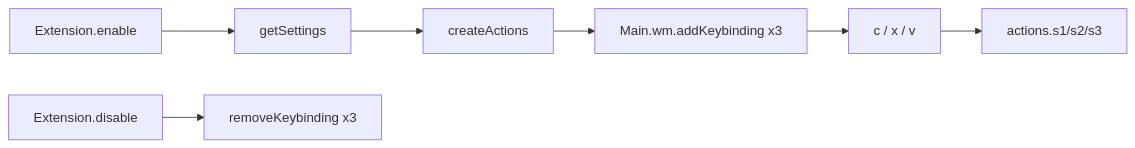
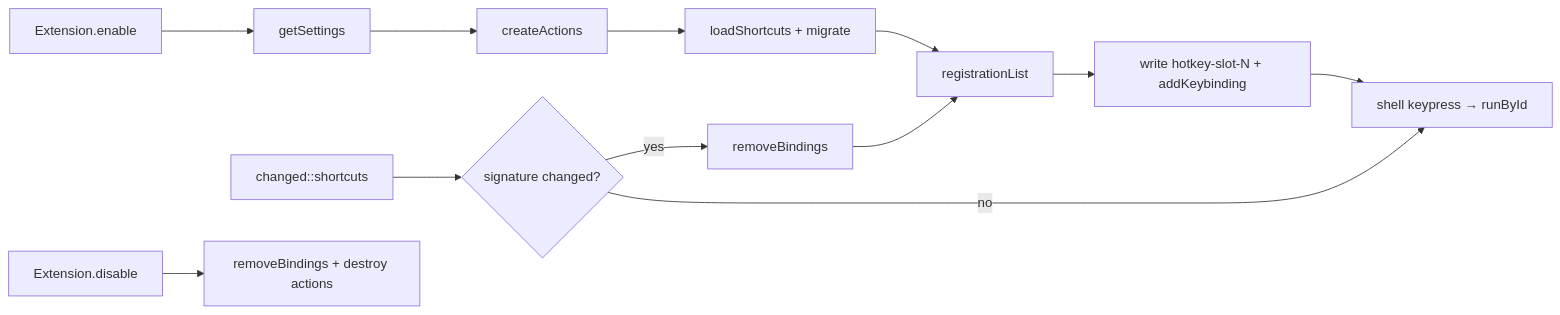
Before and after one commit to bbanho/nexus-clip-gnome: the first of 5 diagrams in docs/ARCHITECTURE.md, drawn with Mermaid. The commit also changed other lines of this file and 44 other files, not shown here.

````diff
--- a/docs/ARCHITECTURE.md
+++ b/docs/ARCHITECTURE.md
@@ -67,9 +89,14 @@
 ```mermaid
 flowchart LR
   A[Extension.enable] --> B[getSettings]
   B --> C[createActions]
-  C --> D[Main.wm.addKeybinding x3]
-  D --> E["<Super>c / <Super>x / <Super>v"]
-  E --> F[actions.s1/s2/s3]
-  G[Extension.disable] --> H[removeKeybinding x3]
+  C --> D[loadShortcuts + migrate]
+  D --> E[registrationList]
+  E --> F[write hotkey-slot-N + addKeybinding]
+  F --> G[shell keypress → runById]
+  H[changed::shortcuts] --> I{signature changed?}
+  I -- no --> G
+  I -- yes --> J[removeBindings]
+  J --> E
+  K[Extension.disable] --> L[removeBindings + destroy actions]
 ```
````
